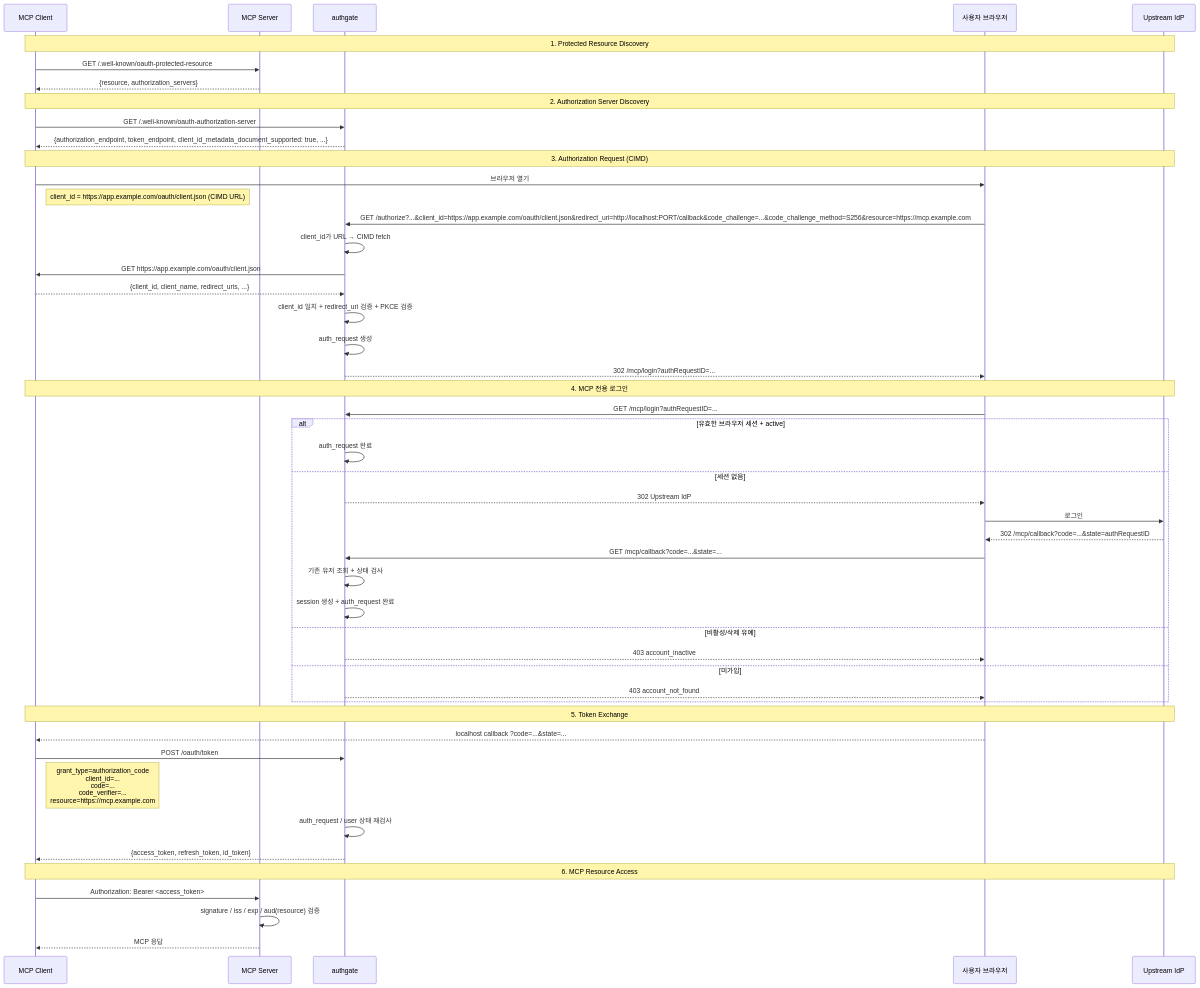
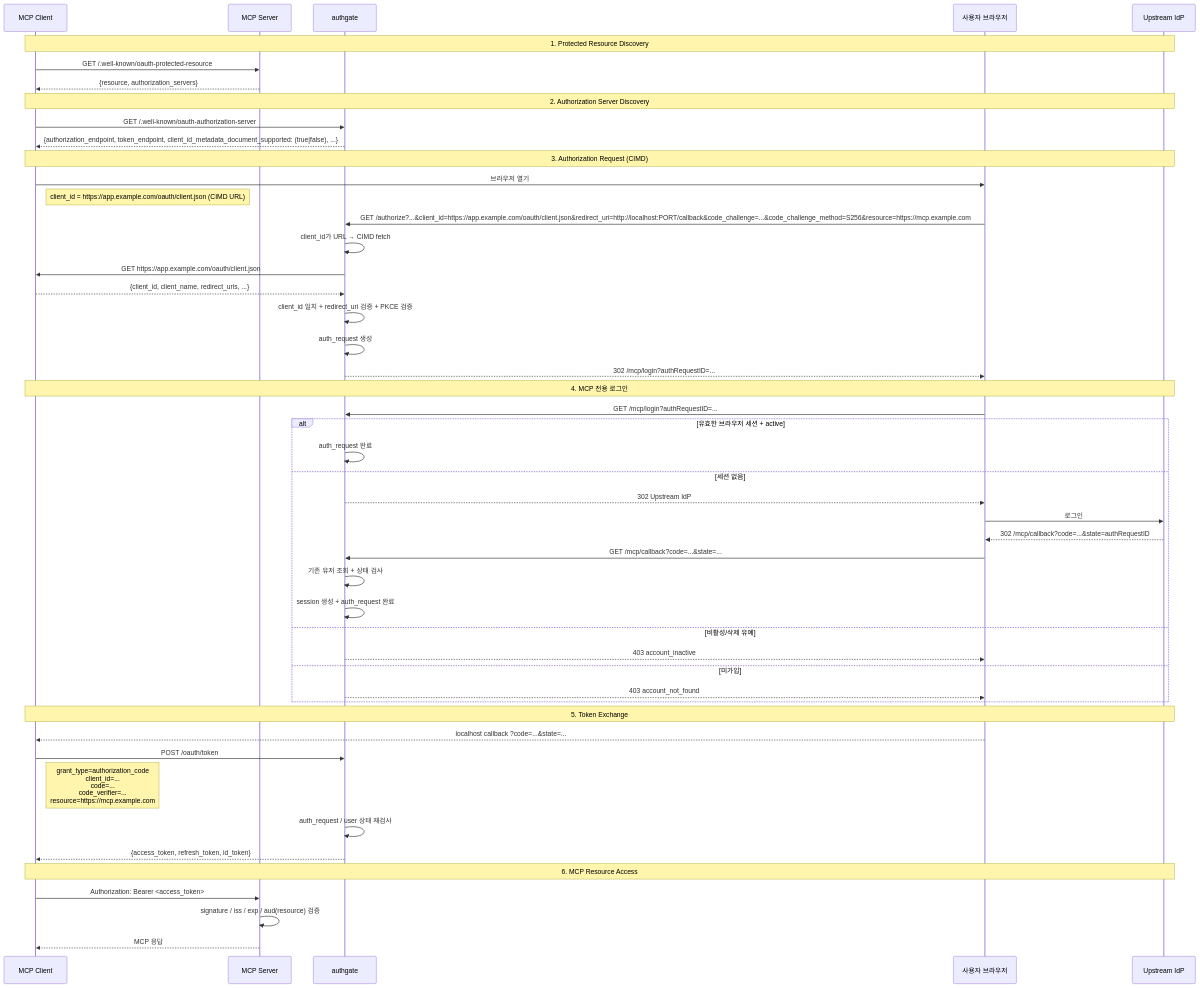
One commit to cagojeiger/authgate changed the diagram in docs/spec/004-mcp-login.md. Above: the diagram before and after it, drawn with Mermaid. The commit also changed other lines of this file and 5 other files, not shown here.

````diff
--- a/docs/spec/004-mcp-login.md
+++ b/docs/spec/004-mcp-login.md
@@ -157,56 +157,56 @@
 ```mermaid
 sequenceDiagram
     participant C as MCP Client
     participant R as MCP Server
     participant AG as authgate
     participant U as 사용자 브라우저
     participant G as Upstream IdP
 
     Note over C,G: 1. Protected Resource Discovery
     C->>R: GET /.well-known/oauth-protected-resource
     R-->>C: {resource, authorization_servers}
 
     Note over C,G: 2. Authorization Server Discovery
     C->>AG: GET /.well-known/oauth-authorization-server
-    AG-->>C: {authorization_endpoint, token_endpoint, client_id_metadata_document_supported: true, ...}
+    AG-->>C: {authorization_endpoint, token_endpoint, client_id_metadata_document_supported: (true|false), ...}
 
     Note over C,G: 3. Authorization Request (CIMD)
     C->>U: 브라우저 열기
     Note right of C: client_id = https://app.example.com/oauth/client.json (CIMD URL)
     U->>AG: GET /authorize?...&client_id=https://app.example.com/oauth/client.json&redirect_uri=http://localhost:PORT/callback&code_challenge=...&code_challenge_method=S256&resource=https://mcp.example.com
     AG->>AG: client_id가 URL → CIMD fetch
     AG->>C: GET https://app.example.com/oauth/client.json
     C-->>AG: {client_id, client_name, redirect_uris, ...}
     AG->>AG: client_id 일치 + redirect_uri 검증 + PKCE 검증
     AG->>AG: auth_request 생성
     AG-->>U: 302 /mcp/login?authRequestID=...
 
     Note over C,G: 4. MCP 전용 로그인
     U->>AG: GET /mcp/login?authRequestID=...
     alt 유효한 브라우저 세션 + active
         AG->>AG: auth_request 완료
     else 세션 없음
         AG-->>U: 302 Upstream IdP
         U->>G: 로그인
         G-->>U: 302 /mcp/callback?code=...&state=authRequestID
         U->>AG: GET /mcp/callback?code=...&state=...
         AG->>AG: 기존 유저 조회 + 상태 검사
         AG->>AG: session 생성 + auth_request 완료
     else 비활성/삭제 유예
         AG-->>U: 403 account_inactive
     else 미가입
         AG-->>U: 403 account_not_found
     end
 
     Note over C,G: 5. Token Exchange
     U-->>C: localhost callback ?code=...&state=...
     C->>AG: POST /oauth/token
     Note right of C: grant_type=authorization_code<br/>client_id=...<br/>code=...<br/>code_verifier=...<br/>resource=https://mcp.example.com
     AG->>AG: auth_request / user 상태 재검사
     AG-->>C: {access_token, refresh_token, id_token}
 
     Note over C,G: 6. MCP Resource Access
     C->>R: Authorization: Bearer <access_token>
     R->>R: signature / iss / exp / aud(resource) 검증
     R-->>C: MCP 응답
 ```
````
